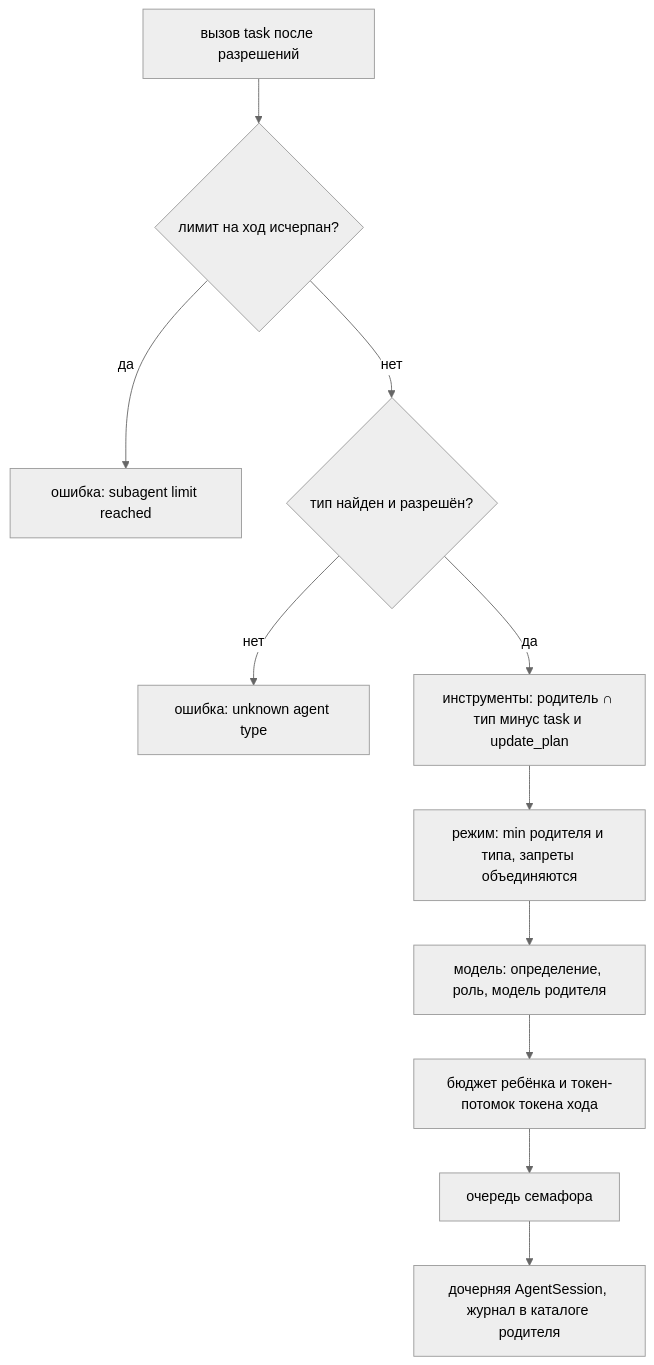
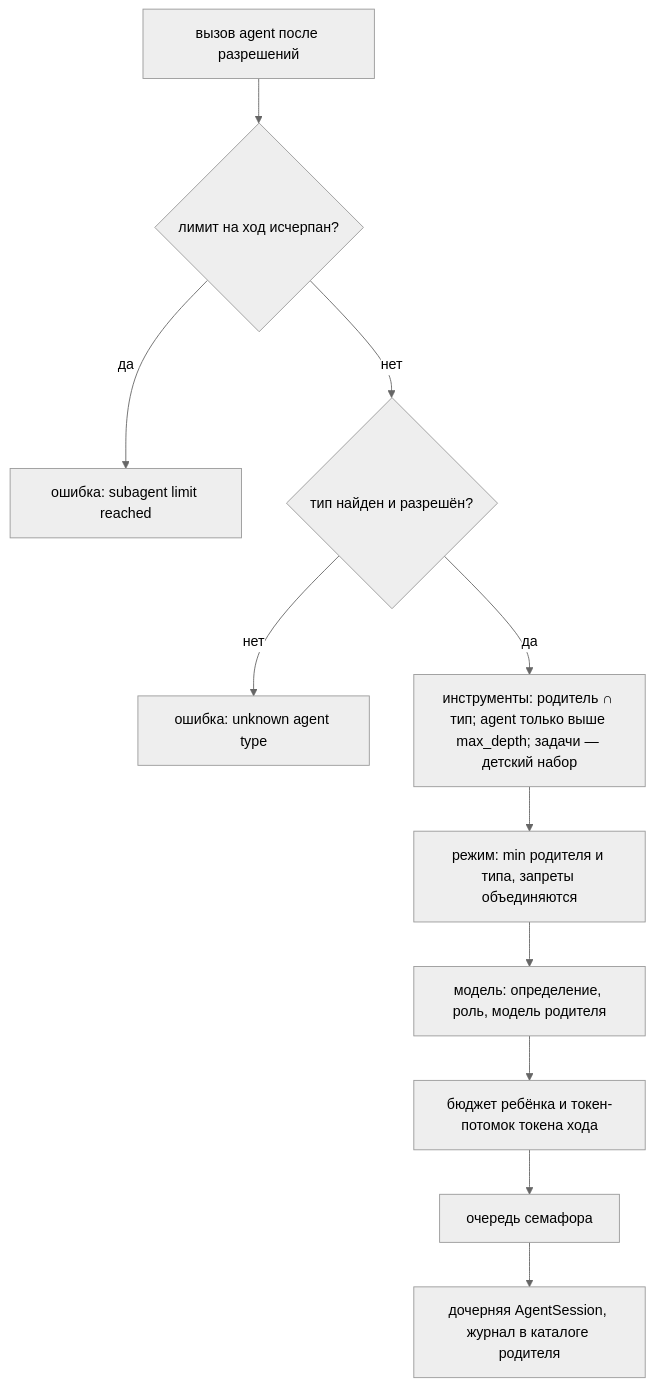
The first of 4 diagrams in docs/architecture/proposals/agent-core/17-3-subagents.md (pese-git/codelab-app), drawn with Mermaid (neutral theme) before and after one commit. The commit also changed other lines of this file and 44 other files, not shown here.

````diff
--- a/docs/architecture/proposals/agent-core/17-3-subagents.md
+++ b/docs/architecture/proposals/agent-core/17-3-subagents.md
@@ -206,13 +280,13 @@
 ```mermaid
 flowchart TD
-    A["вызов task после разрешений"] --> B{"лимит на ход исчерпан?"}
+    A["вызов agent после разрешений"] --> B{"лимит на ход исчерпан?"}
     B -->|да| E1["ошибка: subagent limit reached"]
     B -->|нет| C{"тип найден и разрешён?"}
     C -->|нет| E2["ошибка: unknown agent type"]
-    C -->|да| D["инструменты: родитель ∩ тип минус task и update_plan"]
+    C -->|да| D["инструменты: родитель ∩ тип; agent только выше max_depth; задачи — детский набор"]
     D --> F["режим: min родителя и типа, запреты объединяются"]
     F --> G["модель: определение, роль, модель родителя"]
     G --> H["бюджет ребёнка и токен-потомок токена хода"]
     H --> Q["очередь семафора"]
     Q --> R["дочерняя AgentSession, журнал в каталоге родителя"]
 ```
````
